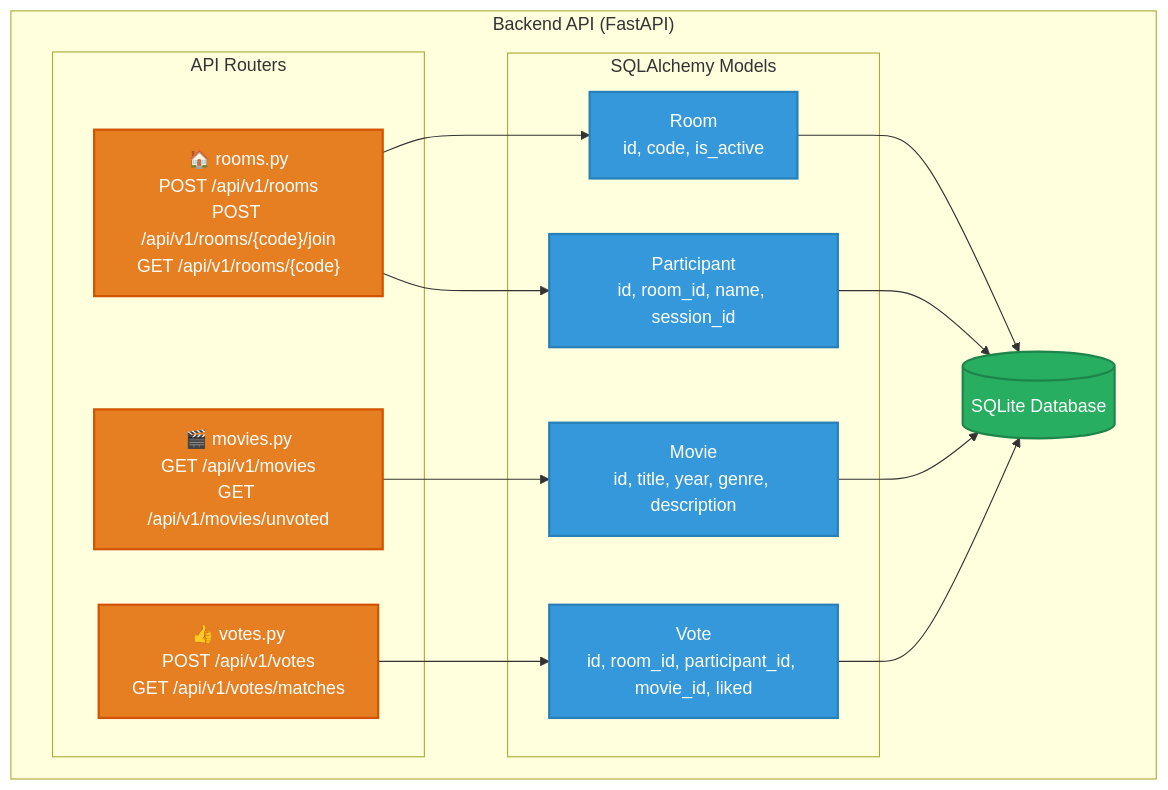
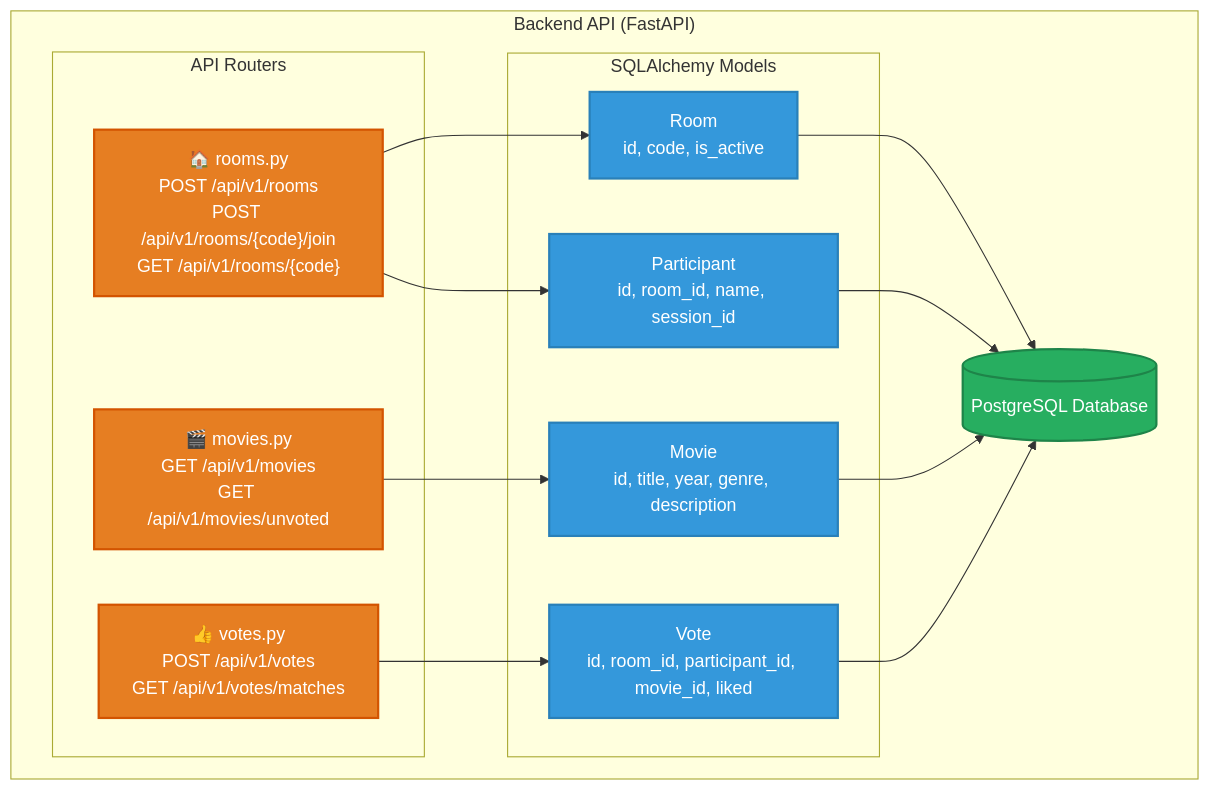
One commit to umans-ai/cinematch changed the third of 5 diagrams in docs/architecture/overview.md. Above: the diagram before and after it, drawn with Mermaid. The commit also changed other lines of this file, not shown here.

Commit message:
docs: update architecture overview for PostgreSQL and VPC per env 📝

````diff
--- a/docs/architecture/overview.md
+++ b/docs/architecture/overview.md
@@ -96,36 +96,36 @@
 ```mermaid
 flowchart TB
     subgraph BackendAPI ["Backend API (FastAPI)"]
         subgraph Routers ["API Routers"]
             R1["🏠 rooms.py<br/>POST /api/v1/rooms<br/>POST /api/v1/rooms/{code}/join<br/>GET /api/v1/rooms/{code}"]
             R2["🎬 movies.py<br/>GET /api/v1/movies<br/>GET /api/v1/movies/unvoted"]
             R3["👍 votes.py<br/>POST /api/v1/votes<br/>GET /api/v1/votes/matches"]
         end
 
         subgraph Models ["SQLAlchemy Models"]
             M1["Room<br/>id, code, is_active"]
             M2["Participant<br/>id, room_id, name, session_id"]
             M3["Movie<br/>id, title, year, genre, description"]
             M4["Vote<br/>id, room_id, participant_id, movie_id, liked"]
         end
 
-        DB[("SQLite Database")]
+        DB[("PostgreSQL Database")]
     end
 
     R1 --> M1
     R1 --> M2
     R2 --> M3
     R3 --> M4
     M1 --> DB
     M2 --> DB
     M3 --> DB
     M4 --> DB
 
     classDef router fill:#e67e22,stroke:#d35400,color:#fff,stroke-width:2px
     classDef model fill:#3498db,stroke:#2980b9,color:#fff,stroke-width:2px
     classDef db fill:#27ae60,stroke:#1e8449,color:#fff,stroke-width:2px
 
     class R1,R2,R3 router
     class M1,M2,M3,M4 model
     class DB db
 ```
````
